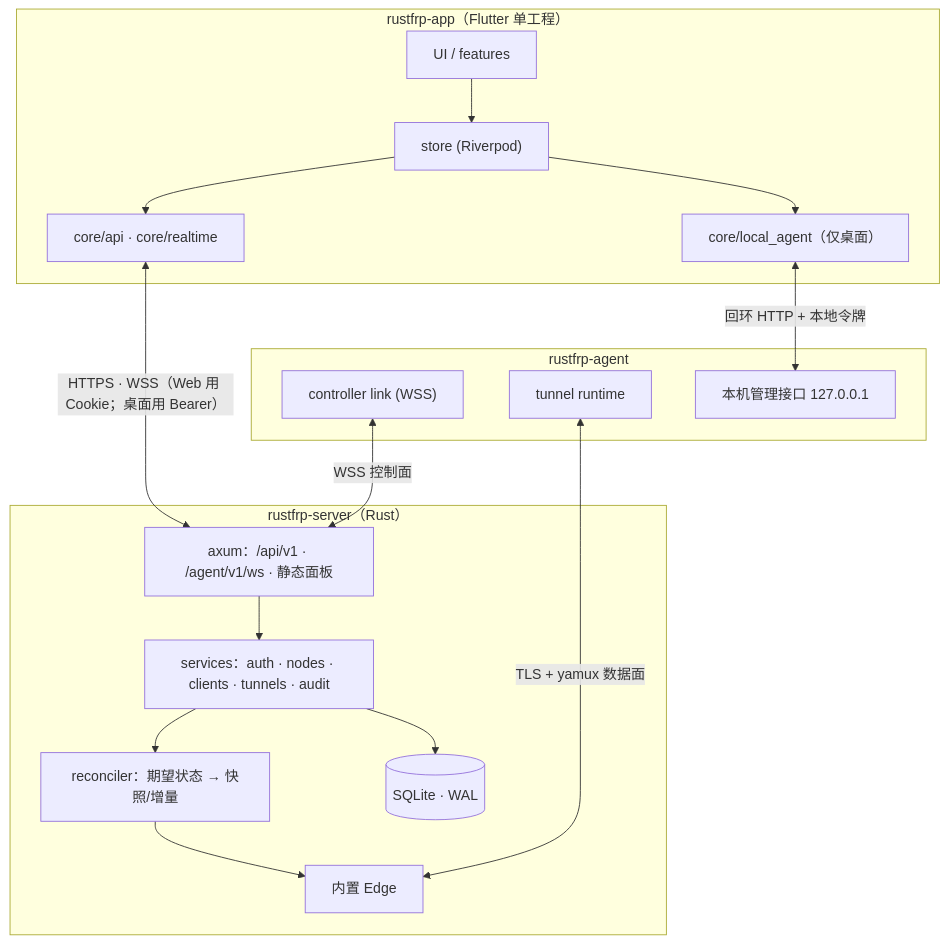
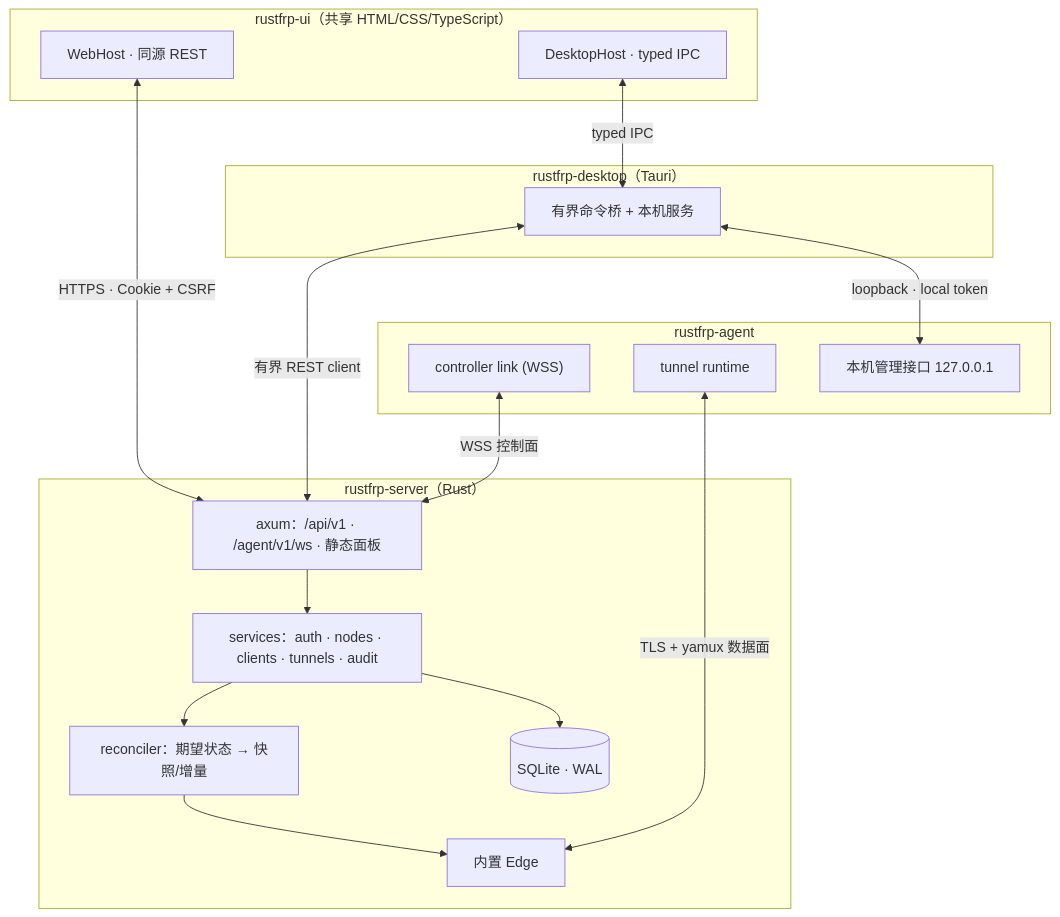
One commit to yuhuotech/RustFRP changed the second of 4 diagrams in docs/RUSTFRP_TECH_DESIGN_V1.0.md. Above: the diagram before and after it, drawn with Mermaid. The commit also changed other lines of this file and 219 other files, not shown here.

Commit message:
refactor(ui): replace Flutter panel with native shared UI

````diff
--- a/docs/RUSTFRP_TECH_DESIGN_V1.0.md
+++ b/docs/RUSTFRP_TECH_DESIGN_V1.0.md
@@ -219,26 +221,30 @@
 ```mermaid
 flowchart TB
-  subgraph Flutter["rustfrp-app（Flutter 单工程）"]
-    UI["UI / features"] --> ST["store (Riverpod)"]
-    ST --> API["core/api · core/realtime"]
-    ST --> LOC["core/local_agent（仅桌面）"]
+  subgraph SharedUI["rustfrp-ui（共享 HTML/CSS/TypeScript）"]
+    WEBHOST["WebHost · 同源 REST"]
+    DESKTOPHOST["DesktopHost · typed IPC"]
+  end
+  subgraph Desktop["rustfrp-desktop（Tauri）"]
+    BRIDGE["有界命令桥 + 本机服务"]
   end
   subgraph Ctl["rustfrp-server（Rust）"]
     HTTP["axum：/api/v1 · /agent/v1/ws · 静态面板"]
     SVC["services：auth · nodes · clients · tunnels · audit"]
     REC["reconciler：期望状态 → 快照/增量"]
     DB[("SQLite · WAL")]
     EDGE0["内置 Edge"]
     HTTP --> SVC --> DB
     SVC --> REC --> EDGE0
   end
   subgraph Agent["rustfrp-agent"]
     CTRL["controller link (WSS)"]
     RUN["tunnel runtime"]
     IPC["本机管理接口 127.0.0.1"]
   end
-  API <-->|"HTTPS · WSS（Web 用 Cookie；桌面用 Bearer）"| HTTP
-  LOC <-->|"回环 HTTP + 本地令牌"| IPC
+  WEBHOST <-->|"HTTPS · Cookie + CSRF"| HTTP
+  DESKTOPHOST <-->|"typed IPC"| BRIDGE
+  BRIDGE <-->|"loopback · local token"| IPC
+  BRIDGE <-->|"有界 REST client"| HTTP
   CTRL <-->|"WSS 控制面"| HTTP
   RUN <-->|"TLS + yamux 数据面"| EDGE0
 ```
````
